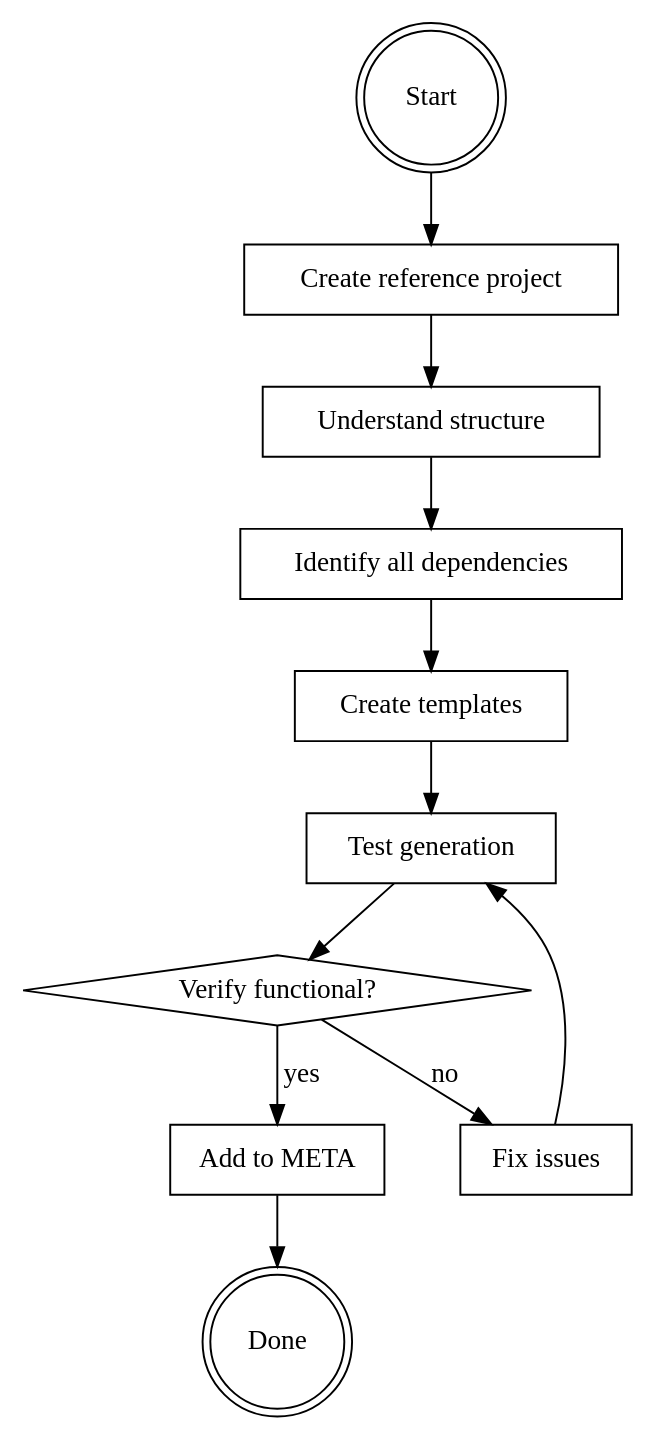
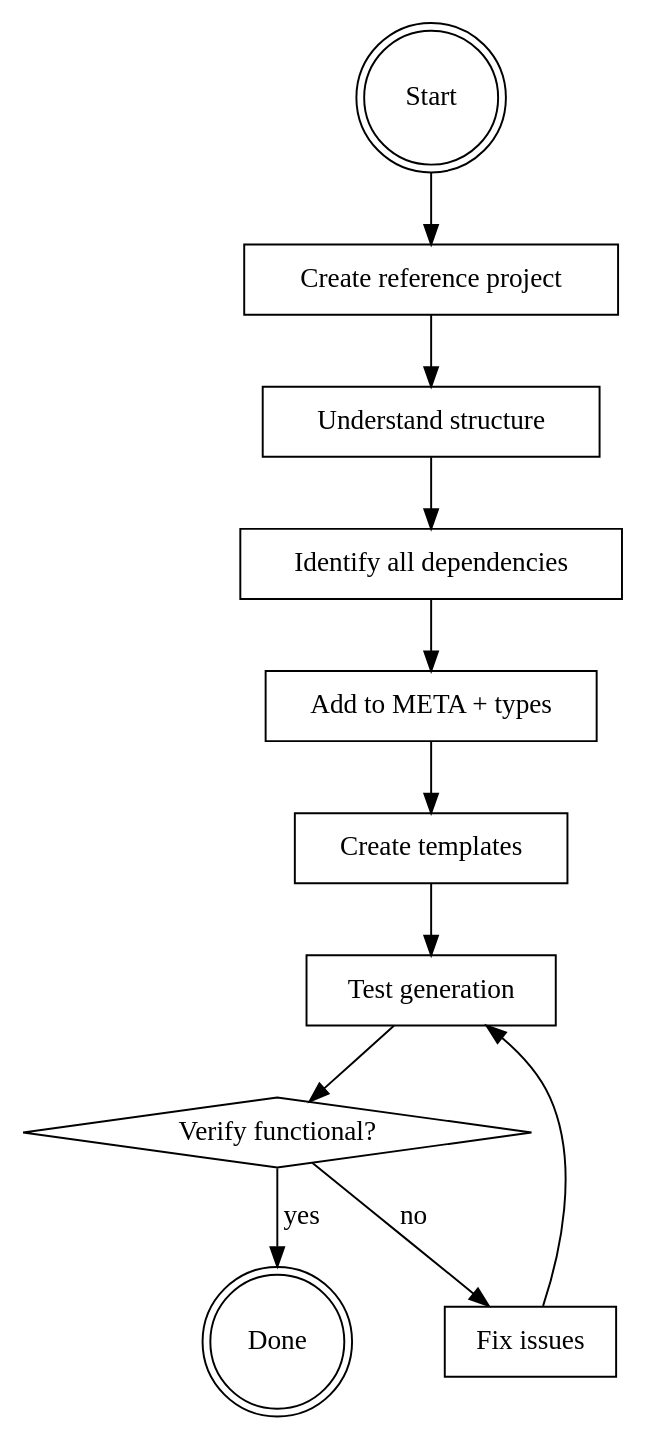
One commit to plvo/create-faster changed the diagram in .claude/skills/adding-stacks/SKILL.md. Above: the diagram before and after it, drawn with Graphviz. The commit also changed other lines of this file and 2 other files, not shown here.

First line of the commit message:
docs(skills): update all skills for template system refactor (#63)

````diff
--- a/.claude/skills/adding-stacks/SKILL.md
+++ b/.claude/skills/adding-stacks/SKILL.md
@@ -28,25 +41,25 @@
 ```dot
 digraph adding_stack {
     "Start" [shape=doublecircle];
     "Create reference project" [shape=box];
     "Understand structure" [shape=box];
     "Identify all dependencies" [shape=box];
+    "Add to META + types" [shape=box];
     "Create templates" [shape=box];
     "Test generation" [shape=box];
     "Verify functional?" [shape=diamond];
     "Fix issues" [shape=box];
-    "Add to META" [shape=box];
     "Done" [shape=doublecircle];
 
     "Start" -> "Create reference project";
     "Create reference project" -> "Understand structure";
     "Understand structure" -> "Identify all dependencies";
-    "Identify all dependencies" -> "Create templates";
+    "Identify all dependencies" -> "Add to META + types";
+    "Add to META + types" -> "Create templates";
     "Create templates" -> "Test generation";
     "Test generation" -> "Verify functional?";
-    "Verify functional?" -> "Add to META" [label="yes"];
+    "Verify functional?" -> "Done" [label="yes"];
     "Verify functional?" -> "Fix issues" [label="no"];
     "Fix issues" -> "Test generation";
-    "Add to META" -> "Done";
 }
 ```
````
